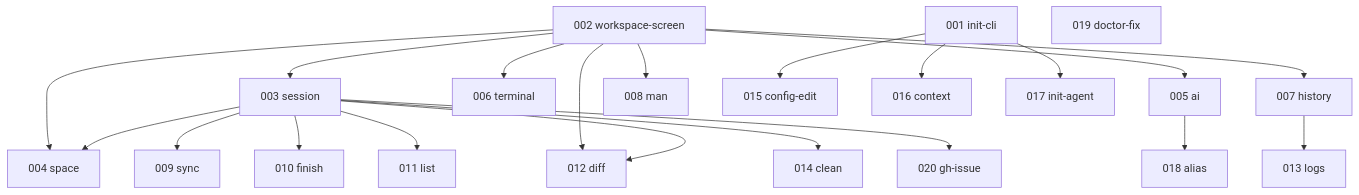
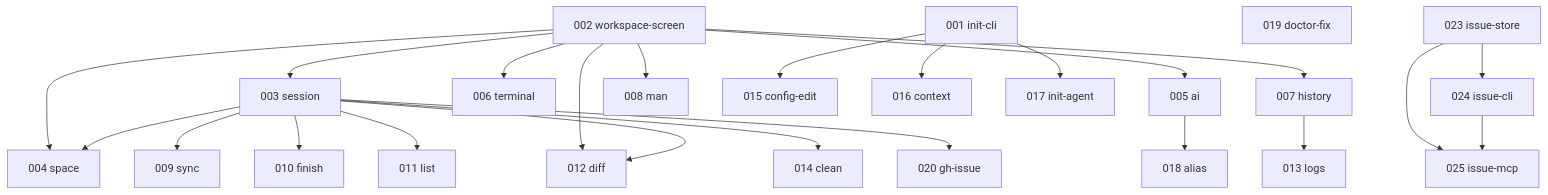
The diagram in issues/README.md (kkyosuke/usagi), drawn with Mermaid before and after one commit. The commit also changed other lines of this file and 3 other files, not shown here.

Commit message:
docs: issue 管理機能（issue-store/cli/mcp）を 023-025 として起票

````diff
--- a/issues/README.md
+++ b/issues/README.md
@@ -41,27 +44,31 @@
 ```mermaid
 graph TD
     001[001 init-cli]
     002[002 workspace-screen]
     003[003 session]
     019[019 doctor-fix]
 
     002 --> 003
     002 --> 004[004 space]
     003 --> 004
     002 --> 005[005 ai]
     002 --> 006[006 terminal]
     002 --> 007[007 history]
     002 --> 008[008 man]
     003 --> 009[009 sync]
     003 --> 010[010 finish]
     003 --> 011[011 list]
     002 --> 012[012 diff]
     003 --> 012
     007 --> 013[013 logs]
     003 --> 014[014 clean]
     001 --> 015[015 config-edit]
     001 --> 016[016 context]
     001 --> 017[017 init-agent]
     005 --> 018[018 alias]
     003 --> 020[020 gh-issue]
+    023[023 issue-store]
+    023 --> 024[024 issue-cli]
+    023 --> 025[025 issue-mcp]
+    024 --> 025
 ```
````
